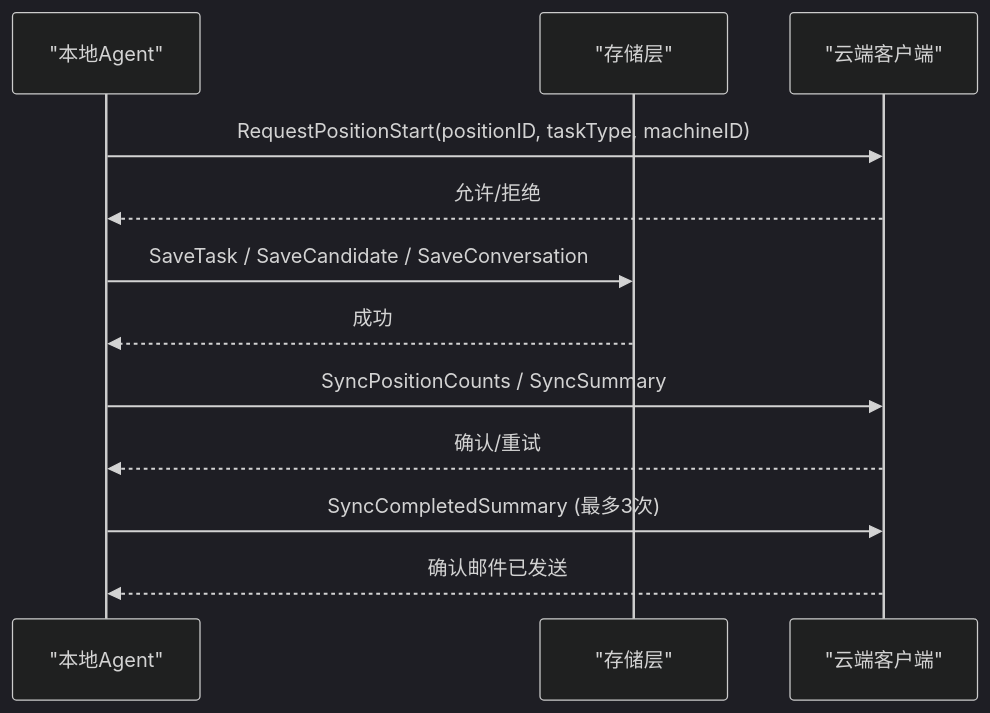
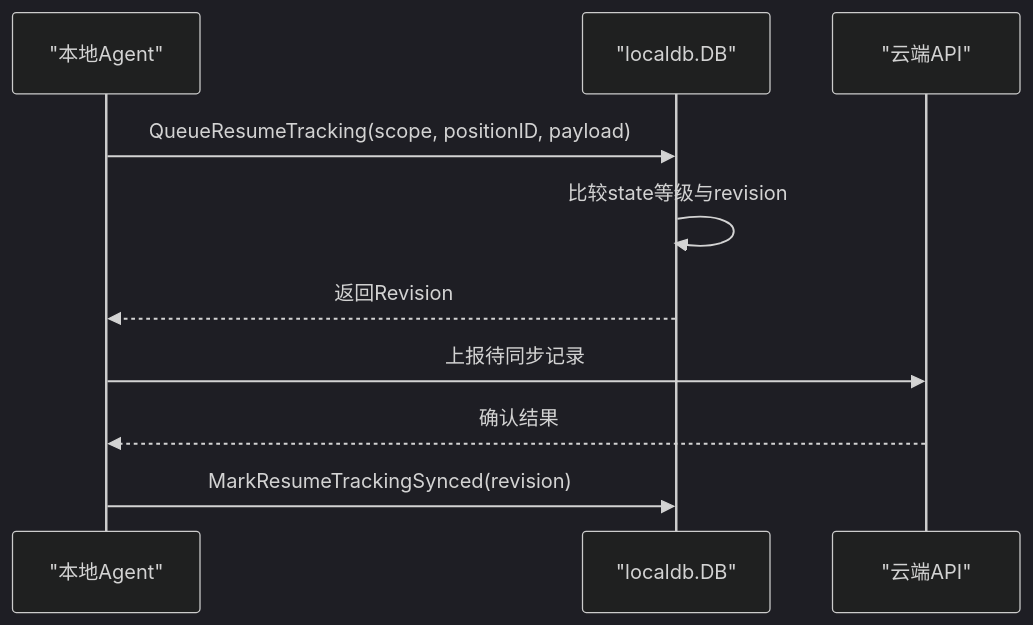
Before and after one commit to alvinwangzi/goodhr: the eighth of 10 diagrams in .qoder/repowiki/zh/content/系统架构/本地Agent架构/数据存储层.md, drawn with Mermaid (dark theme). The commit also changed other lines of this file and 149 other files, not shown here.

````diff
--- a/.qoder/repowiki/zh/content/系统架构/本地Agent架构/数据存储层.md
+++ b/.qoder/repowiki/zh/content/系统架构/本地Agent架构/数据存储层.md
@@ -312,14 +319,12 @@
 ```mermaid
 sequenceDiagram
 participant Local as "本地Agent"
-participant Store as "存储层"
-participant Cloud as "云端客户端"
-Local->>Cloud : RequestPositionStart(positionID, taskType, machineID)
-Cloud-->>Local : 允许/拒绝
-Local->>Store : SaveTask / SaveCandidate / SaveConversation
-Store-->>Local : 成功
-Local->>Cloud : SyncPositionCounts / SyncSummary
-Cloud-->>Local : 确认/重试
-Local->>Cloud : SyncCompletedSummary (最多3次)
-Cloud-->>Local : 确认邮件已发送
+participant DB as "localdb.DB"
+participant Cloud as "云端API"
+Local->>DB : QueueResumeTracking(scope, positionID, payload)
+DB->>DB : 比较state等级与revision
+DB-->>Local : 返回Revision
+Local->>Cloud : 上报待同步记录
+Cloud-->>Local : 确认结果
+Local->>DB : MarkResumeTrackingSynced(revision)
 ```
````
